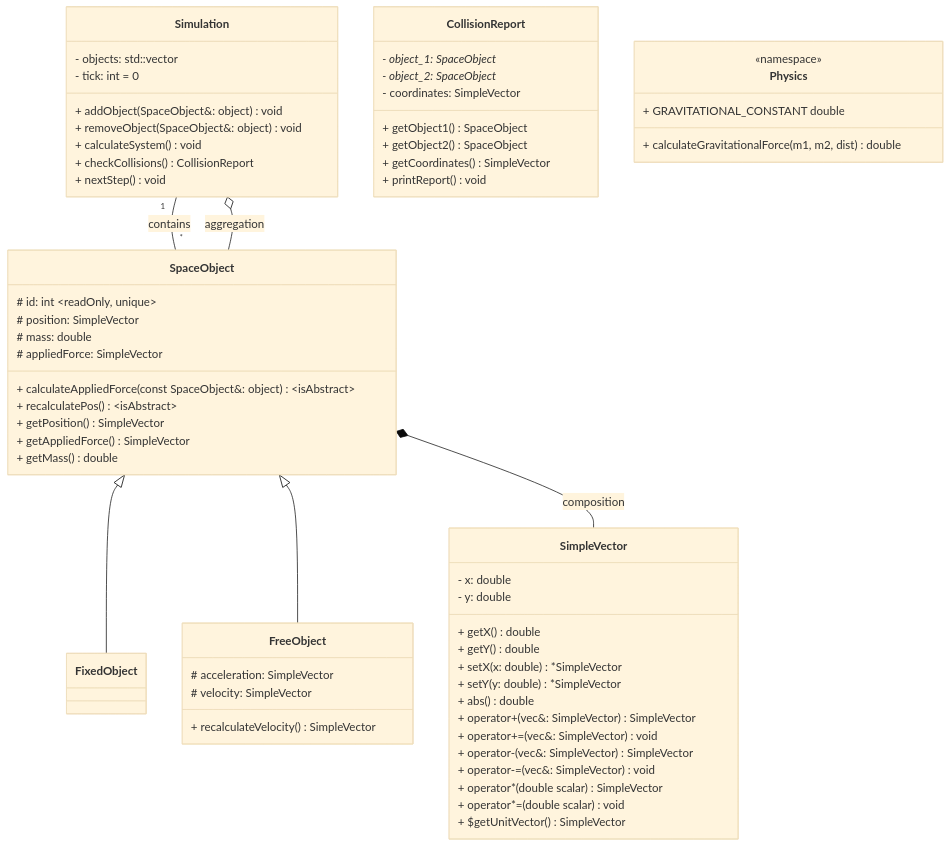
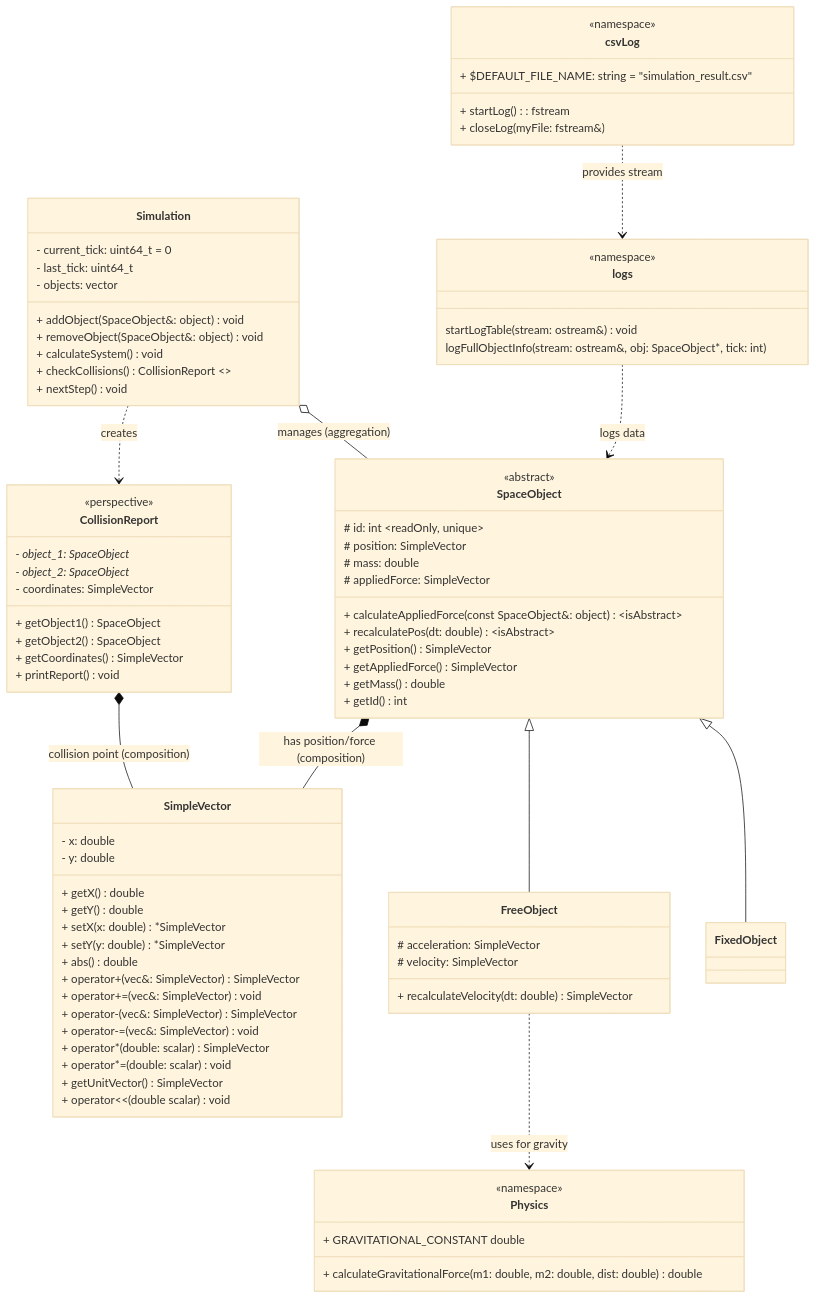
Before and after one commit to kotenko-o/simple-orbit-simulator: the first of 2 diagrams in README.md, drawn with Mermaid (base theme). The commit also changed 1 other file, not shown here.

Commit message:
docs: update classDiagram

````diff
--- a/README.md
+++ b/README.md
@@ -24,33 +24,44 @@
 ```mermaid
 classDiagram
 
+    %% Inheritance
     SpaceObject <|-- FixedObject
     SpaceObject <|-- FreeObject
-    Simulation "1" -- "*" SpaceObject : contains
 
-    SpaceObject *-- SimpleVector : composition
-    Simulation o-- SpaceObject : aggregation
+    %% Structural Relationships
+    Simulation o-- SpaceObject : manages (aggregation)
+    SpaceObject *-- SimpleVector : has position/force (composition)
+    CollisionReport *-- SimpleVector : collision point (composition)
+
+    %% Dependencies (Usage)
+    Simulation ..> CollisionReport : creates
+    FreeObject ..> Physics : uses for gravity
+    logs ..> SpaceObject : logs data
+    csvLog ..> logs : provides stream
     
     class Simulation {
-        - objects: std::vector<SpaceObject*>
-        - tick: int = 0
+        - current_tick: uint64_t = 0
+        - last_tick: uint64_t
+        - objects: vector<SpaceObject*>
         + addObject(SpaceObject&: object) void
         + removeObject(SpaceObject&: object) void
         + calculateSystem() void
-        + checkCollisions() CollisionReport
+        + checkCollisions() CollisionReport <<not implemented>>
         + nextStep() void
     }
 
     class SpaceObject {
+        <<abstract>>
         # id: int ~readOnly, unique~
         # position: SimpleVector
         # mass: double
         # appliedForce: SimpleVector
         + calculateAppliedForce(const SpaceObject&: object) ~isAbstract~
-        + recalculatePos() ~isAbstract~
+        + recalculatePos(dt: double) ~isAbstract~
         + getPosition() SimpleVector
         + getAppliedForce() SimpleVector 
         + getMass() double
+        + getId() int
     }
 
     class FixedObject {
@@ -60,7 +71,7 @@
     class FreeObject {
         # acceleration: SimpleVector
         # velocity: SimpleVector
-        + recalculateVelocity() SimpleVector
+        + recalculateVelocity(dt: double) SimpleVector
     }
 
     class SimpleVector {
@@ -75,12 +86,14 @@
         + operator+=(vec&: SimpleVector) void
         + operator-(vec&: SimpleVector) SimpleVector
         + operator-=(vec&: SimpleVector) void
-        + operator*(double scalar) SimpleVector
-        + operator*=(double scalar) void
-        + $getUnitVector() SimpleVector
+        + operator*(double: scalar) SimpleVector
+        + operator*=(double: scalar) void
+        + getUnitVector() SimpleVector
+        + operator<<(double scalar) void
     }
 
     class CollisionReport {
+        <<perspective>>
         - object_1: SpaceObject*
         - object_2: SpaceObject*
         - coordinates: SimpleVector
@@ -93,6 +106,19 @@
     class Physics {
         <<namespace>>
         + GRAVITATIONAL_CONSTANT double
-        + calculateGravitationalForce(m1, m2, dist) double
+        + calculateGravitationalForce(m1: double, m2: double, dist: double) double
+    }
+
+    class logs {
+        <<namespace>>
+        startLogTable(stream: ostream&) void
+        logFullObjectInfo(stream: ostream&, obj: SpaceObject*, tick: int)
+    }
+
+    class csvLog {
+        <<namespace>>
+        + $DEFAULT_FILE_NAME: string = "simulation_result.csv"
+        + startLog(): fstream
+        + closeLog(myFile: fstream&)
     }
 ```
````
